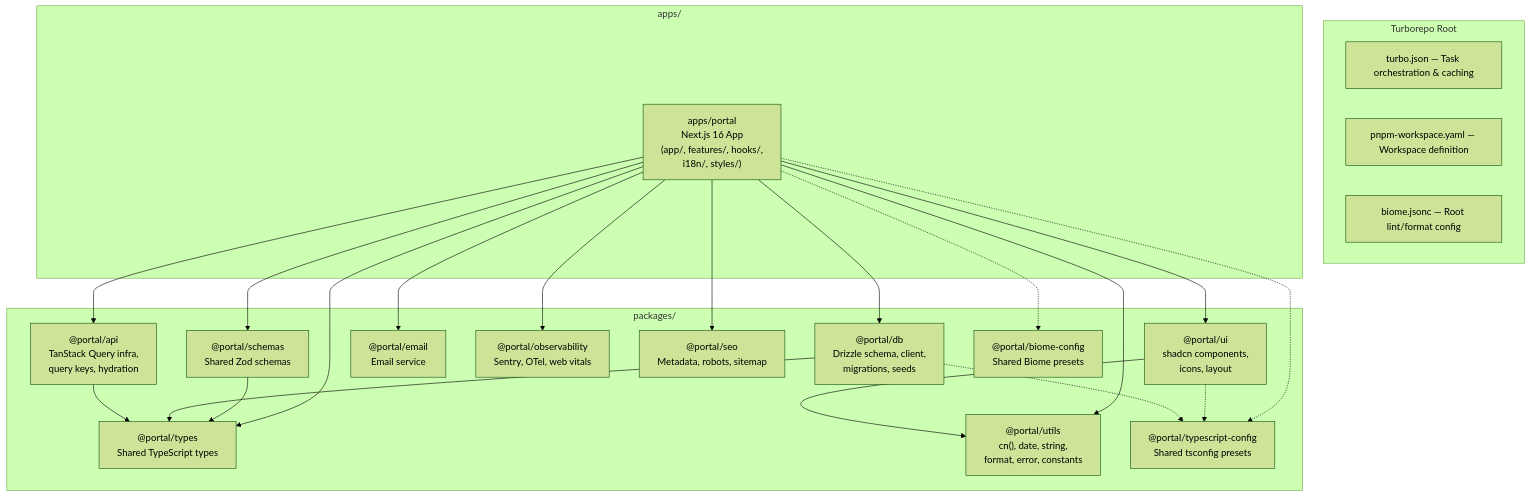
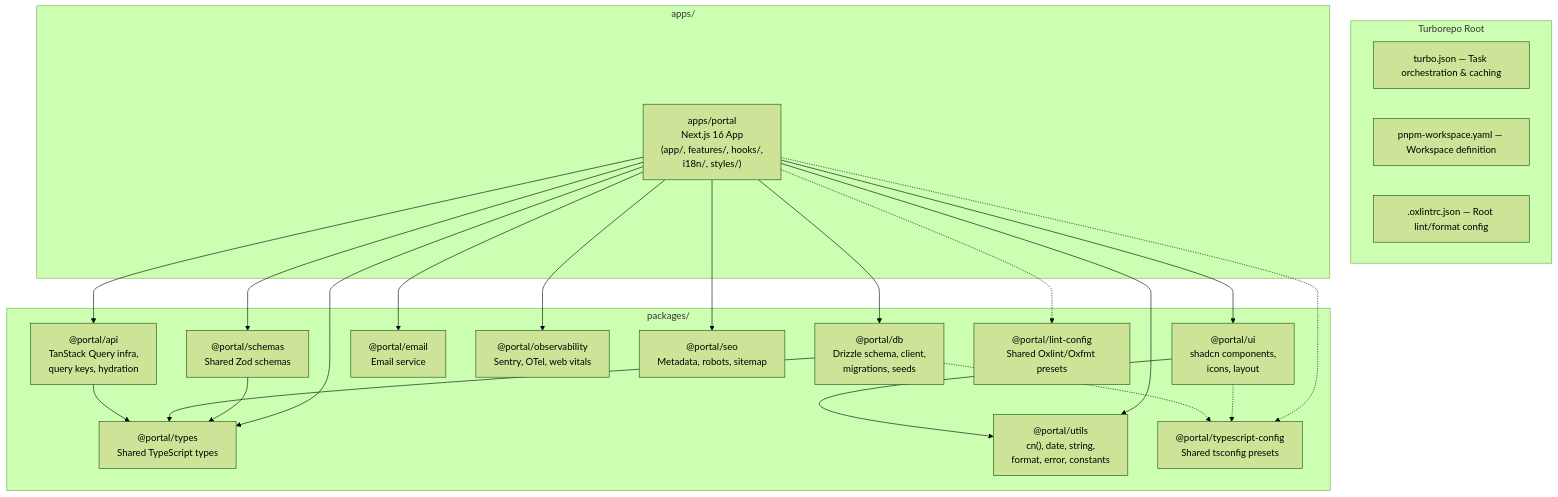
One commit to allthingslinux/monorepo changed the first of 3 diagrams in apps/portal/.kiro/specs/turborepo-migration/design.md. Above: the diagram before and after it, drawn with Mermaid (forest theme). The commit also changed other lines of this file and 627 other files, not shown here.

````diff
--- a/apps/portal/.kiro/specs/turborepo-migration/design.md
+++ b/apps/portal/.kiro/specs/turborepo-migration/design.md
@@ -13,46 +13,46 @@
 ```mermaid
 graph TD
     subgraph "Turborepo Root"
         TURBO["turbo.json — Task orchestration & caching"]
         PNPM["pnpm-workspace.yaml — Workspace definition"]
-        BIOME["biome.jsonc — Root lint/format config"]
+        LINTROOT[".oxlintrc.json — Root lint/format config"]
     end
 
     subgraph "apps/"
         WEB["apps/portal<br/>Next.js 16 App<br/>(app/, features/, hooks/,<br/>i18n/, styles/)"]
     end
 
     subgraph "packages/"
         UI["@portal/ui<br/>shadcn components,<br/>icons, layout"]
         DB["@portal/db<br/>Drizzle schema, client,<br/>migrations, seeds"]
         SCHEMAS["@portal/schemas<br/>Shared Zod schemas"]
         TYPES["@portal/types<br/>Shared TypeScript types"]
         UTILS["@portal/utils<br/>cn(), date, string,<br/>format, error, constants"]
         EMAIL["@portal/email<br/>Email service"]
         OBS["@portal/observability<br/>Sentry, OTel, web vitals"]
         SEO["@portal/seo<br/>Metadata, robots, sitemap"]
         API["@portal/api<br/>TanStack Query infra,<br/>query keys, hydration"]
         TS_CFG["@portal/typescript-config<br/>Shared tsconfig presets"]
-        BIOME_CFG["@portal/biome-config<br/>Shared Biome presets"]
+        LINTCFG["@portal/lint-config<br/>Shared Oxlint/Oxfmt presets"]
     end
 
     WEB --> UI
     WEB --> DB
     WEB --> SCHEMAS
     WEB --> TYPES
     WEB --> UTILS
     WEB --> EMAIL
     WEB --> OBS
     WEB --> SEO
     WEB --> API
     UI --> UTILS
     SCHEMAS --> TYPES
     DB --> TYPES
     API --> TYPES
 
     WEB -.-> TS_CFG
-    WEB -.-> BIOME_CFG
+    WEB -.-> LINTCFG
     UI -.-> TS_CFG
     DB -.-> TS_CFG
 
 ```
````
